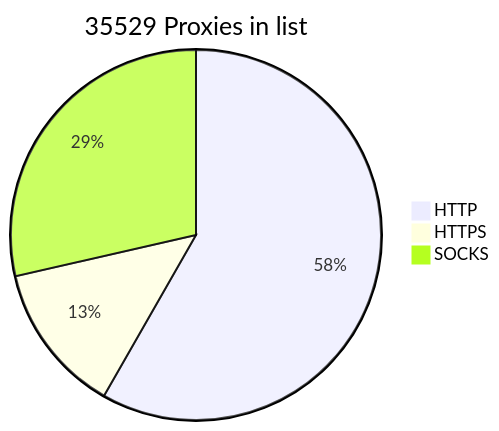
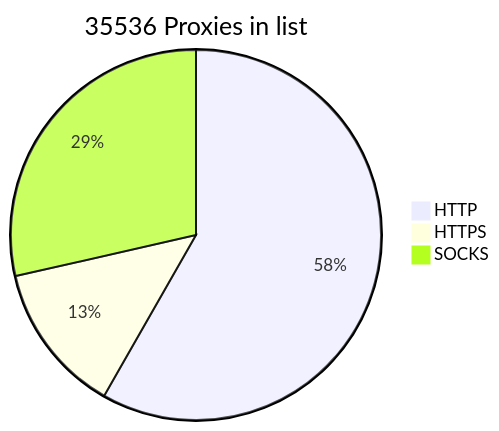
One commit to BlackSnowDot/proxylist-update-every-minute changed the diagram in README.md. Above: the diagram before and after it, drawn with Mermaid.

````diff
--- a/README.md
+++ b/README.md
@@ -2,6 +2,6 @@
 ```mermaid
-pie title 35529 Proxies in list
-    "HTTP" : 22984
-    "HTTPS": 5191
-    "SOCKS" : 11270
+pie title 35536 Proxies in list
+    "HTTP" : 22988
+    "HTTPS": 5198
+    "SOCKS" : 11271
 ```
````
